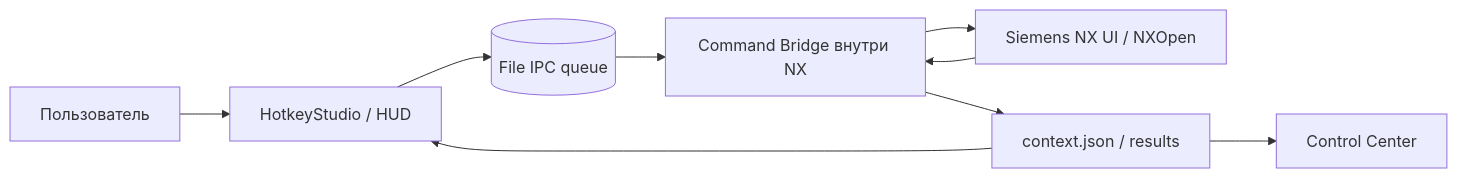
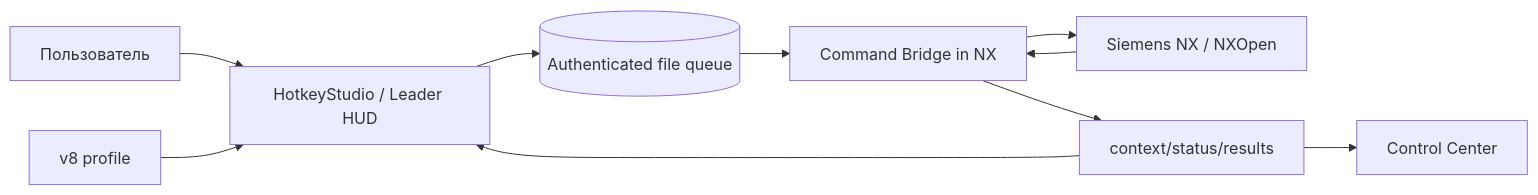
Before and after one commit to Homiakus/NXkeys: the first of 4 diagrams in docs/ARCHITECTURE.md, drawn with Mermaid. The commit also changed other lines of this file, not shown here.

Commit message:
docs: align architecture with v8 runtime and authenticated bridge

````diff
--- a/docs/ARCHITECTURE.md
+++ b/docs/ARCHITECTURE.md
@@ -13,11 +9,12 @@
 ```mermaid
 flowchart LR
-    User[Пользователь] --> HK[HotkeyStudio / HUD]
-    HK --> Queue[(File IPC queue)]
-    Queue --> Bridge[Command Bridge внутри NX]
-    Bridge --> NX[Siemens NX UI / NXOpen]
-    NX --> Bridge
-    Bridge --> Context[context.json / results]
-    Context --> HK
-    Context --> CC[Control Center]
+    U[Пользователь] --> H[HotkeyStudio / Leader HUD]
+    P[v8 profile] --> H
+    H --> Q[(Authenticated file queue)]
+    Q --> B[Command Bridge in NX]
+    B --> N[Siemens NX / NXOpen]
+    N --> B
+    B --> C[context/status/results]
+    C --> H
+    C --> CC[Control Center]
 ```
````
